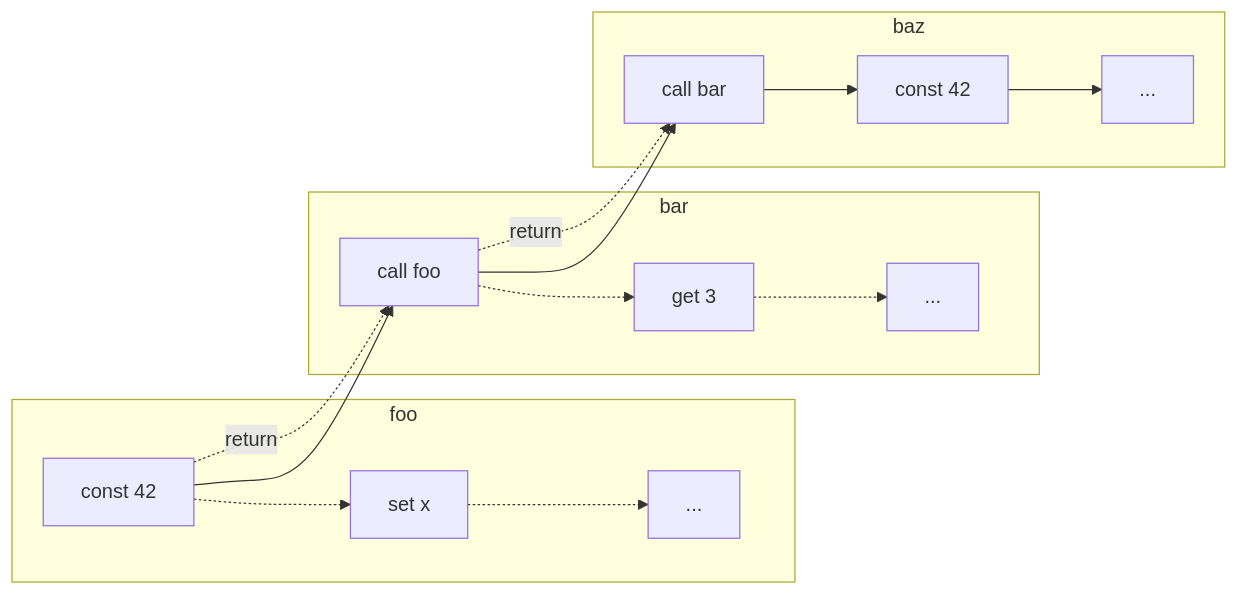
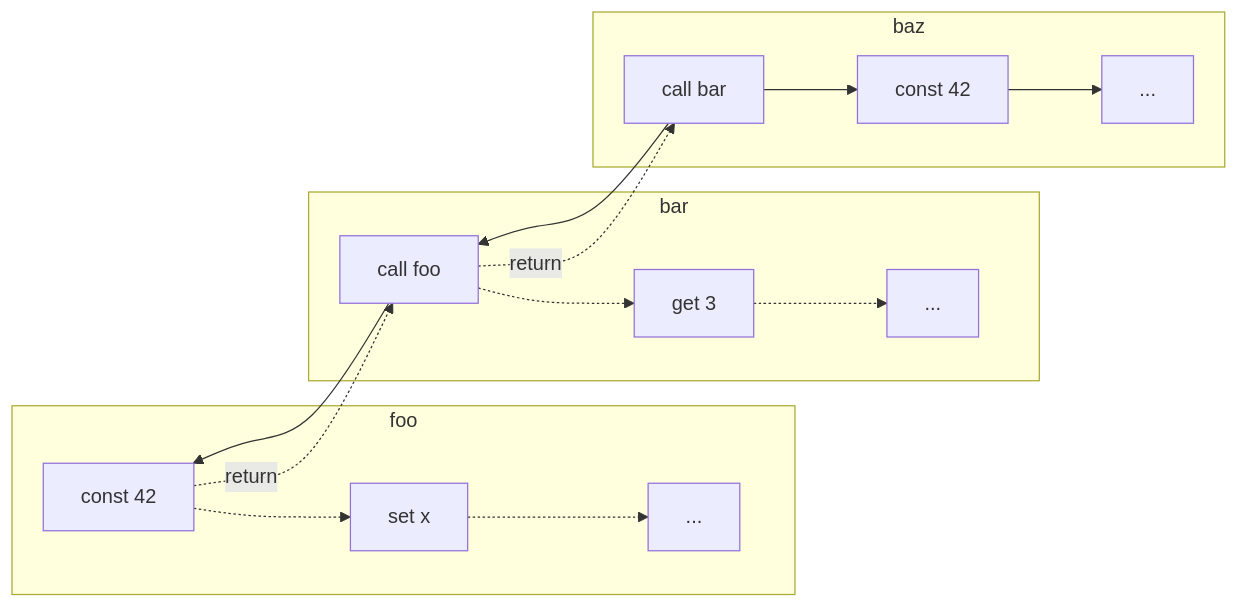
The diagram in slides/stak/unicode/backtrace.mmd (raviqqe/doc), drawn with Mermaid before and after one commit.

```diff
--- a/slides/stak/unicode/backtrace.mmd
+++ b/slides/stak/unicode/backtrace.mmd
@@ -1,16 +1,16 @@
 flowchart LR
   subgraph s0[foo]
     a0[const 42] -.-> a1[set x] -.-> a2[...]
   end
 
   subgraph s1[bar]
     b0[call foo] -.-> b1[get 3] -.-> b2[...]
-    a0 --> b0
+    b0 --> a0
     a0 -.->|return| b0
   end
 
   subgraph s2[baz]
     c0[call bar] --> c1[const 42] --> c2[...]
-    b0 --> c0
+    c0 --> b0
     b0 -.->|return| c0
   end
```
